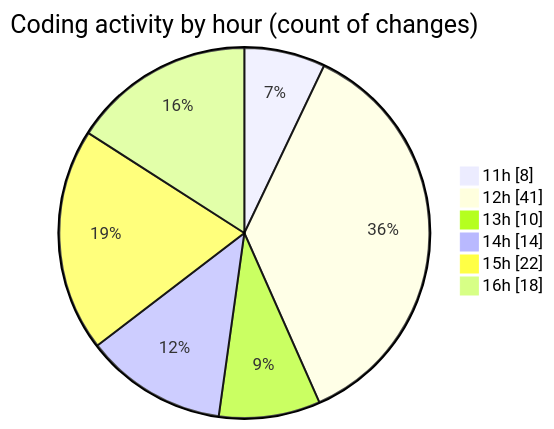
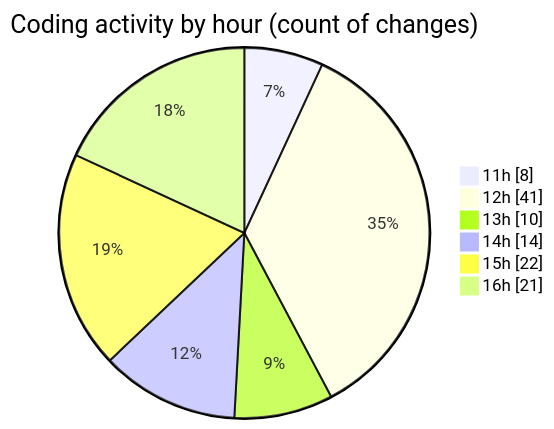
The second of 2 diagrams in 2025-05-04/project/README.md (BS-eng2023/code-tracking), drawn with Mermaid before and after one commit. The commit also changed other lines of this file and 1 other file, not shown here.

````diff
--- a/2025-05-04/project/README.md
+++ b/2025-05-04/project/README.md
@@ -51,10 +51,10 @@
 ```mermaid
 pie showData
 title Coding activity by hour (count of changes)
 "11h" : 8
 "12h" : 41
 "13h" : 10
 "14h" : 14
 "15h" : 22
-"16h" : 18
+"16h" : 21
 ```
````
